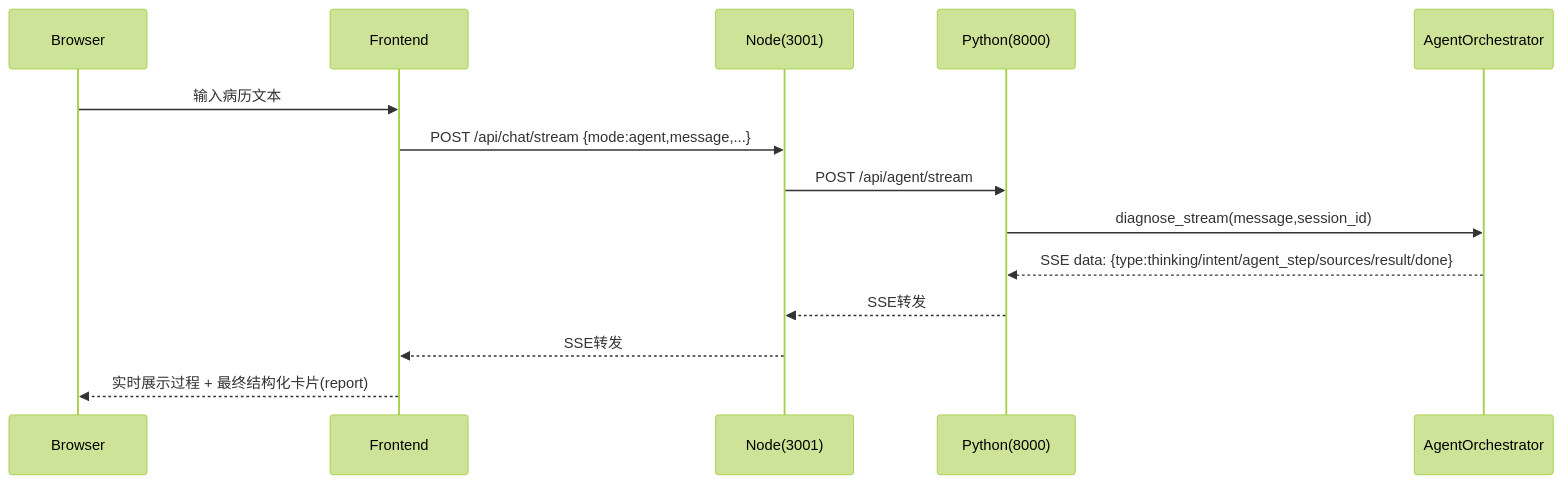
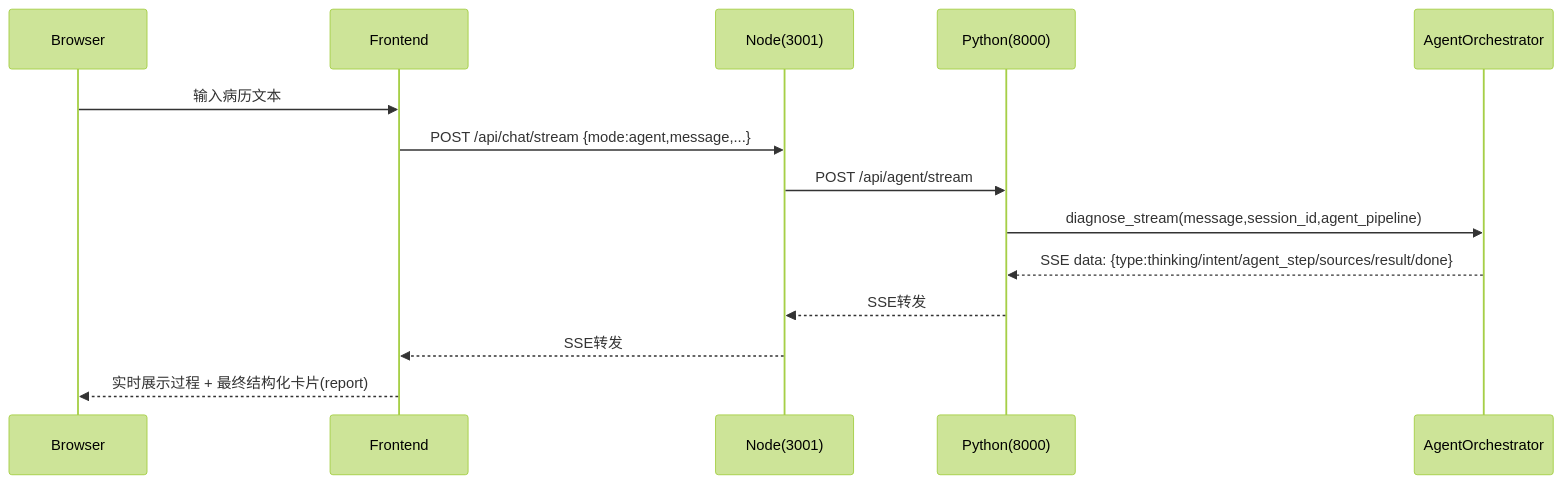
One commit to ShukuangYao/medical-ai changed the third of 6 diagrams in README.md. Above: the diagram before and after it, drawn with Mermaid (forest theme). The commit also changed other lines of this file and 40 other files, not shown here.

````diff
--- a/README.md
+++ b/README.md
@@ -178,17 +209,17 @@
 ```mermaid
 sequenceDiagram
   participant B as Browser
   participant F as Frontend
   participant N as Node(3001)
   participant P as Python(8000)
   participant A as AgentOrchestrator
 
   B->>F: 输入病历文本
   F->>N: POST /api/chat/stream {mode:agent,message,...}
   N->>P: POST /api/agent/stream
-  P->>A: diagnose_stream(message,session_id)
+  P->>A: diagnose_stream(message,session_id,agent_pipeline)
   A-->>P: SSE data: {type:thinking/intent/agent_step/sources/result/done}
   P-->>N: SSE转发
   N-->>F: SSE转发
   F-->>B: 实时展示过程 + 最终结构化卡片(report)
 ```
````
